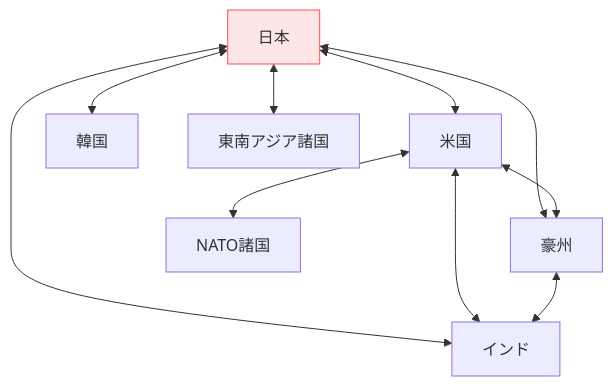
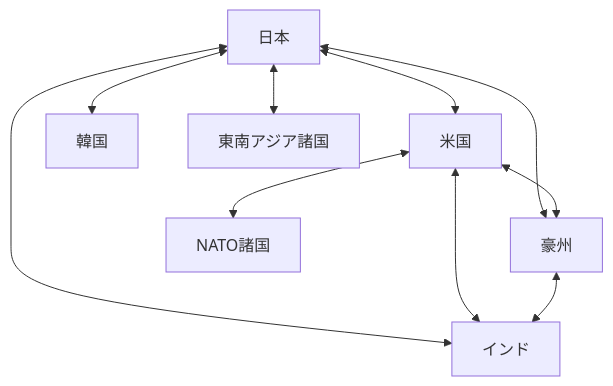
Before and after one commit to shuji-bonji/Situational-Awareness-and-Decision-Making: the sixth of 8 diagrams in docs/applications/military-sa.md, drawn with Mermaid. The commit also changed other lines of this file and 49 other files, not shown here.

Commit message:
fix: ダークモードで見づらい図の色の変更

````diff
--- a/docs/applications/military-sa.md
+++ b/docs/applications/military-sa.md
@@ -347,15 +347,15 @@
 ```mermaid
 graph TD
     A[日本] <--> B[米国]
     A <--> C[豪州]
     A <--> D[インド]
     B <--> C
     B <--> D
     C <--> D
     
     B <--> E[NATO諸国]
     A <--> F[韓国]
     A <--> G[東南アジア諸国]
     
-    style A fill:#ffe6e6,stroke:#ff4d4d
+
 ```
````
